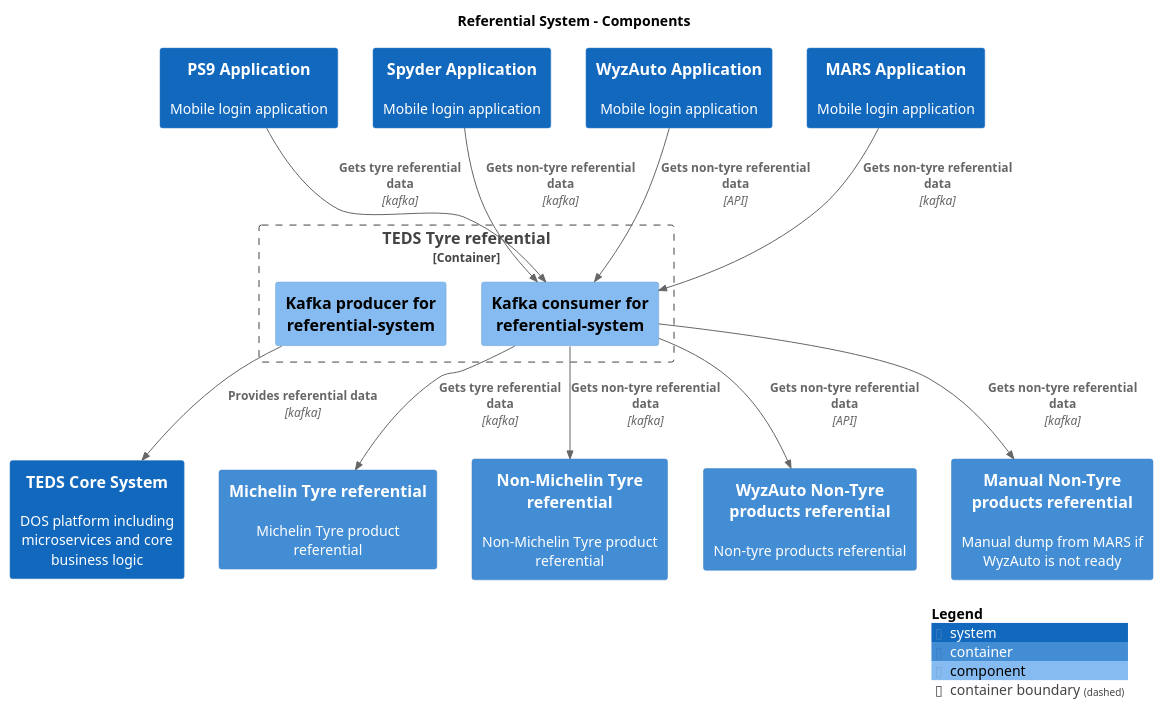
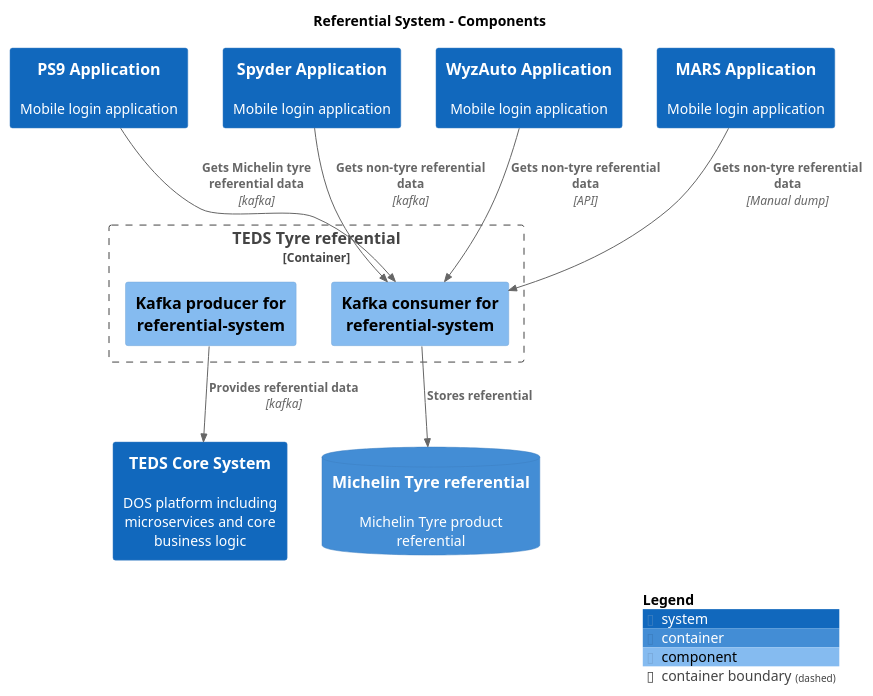
The diagram in main/puml/Level3_referential_Components.puml (kzsahay/teds), drawn with PlantUML before and after one commit. The commit also changed 264 other files, not shown here.

```diff
--- a/main/puml/Level3_referential_Components.puml
+++ b/main/puml/Level3_referential_Components.puml
@@ -1,38 +1,32 @@
 @startuml
 set separator none
 title Referential System – Components
 
 top to bottom direction
 
 !include <C4/C4>
 !include <C4/C4_Context>
 !include <C4/C4_Container>
 !include <C4/C4_Component>
 
 System(TEDSCoreSystem, "TEDS Core System", $descr="DOS platform including microservices and core business logic", $tags="", $link="")
 System(PS9Application, "PS9 Application", $descr="Mobile login application", $tags="", $link="")
 System(SpyderApplication, "Spyder Application", $descr="Mobile login application", $tags="", $link="")
 System(WyzAutoApplication, "WyzAuto Application", $descr="Mobile login application", $tags="", $link="")
 System(MARSApplication, "MARS Application", $descr="Mobile login application", $tags="", $link="")
-Container(ReferentialSystem.MichelinTyrereferential, "Michelin Tyre referential", $techn="", $descr="Michelin Tyre product referential", $tags="", $link="")
-Container(ReferentialSystem.NonMichelinTyrereferential, "Non-Michelin Tyre referential", $techn="", $descr="Non-Michelin Tyre product referential", $tags="", $link="")
-Container(ReferentialSystem.WyzAutoNonTyreproductsreferential, "WyzAuto Non-Tyre products referential", $techn="", $descr="Non-tyre products referential", $tags="", $link="")
-Container(ReferentialSystem.ManualNonTyreproductsreferential, "Manual Non-Tyre products referential", $techn="", $descr="Manual dump from MARS if WyzAuto is not ready", $tags="", $link="")
+ContainerDb(ReferentialSystem.MichelinTyrereferential, "Michelin Tyre referential", $techn="", $descr="Michelin Tyre product referential", $tags="", $link="")
 
 Container_Boundary("ReferentialSystem.TEDSTyrereferential_boundary", "TEDS Tyre referential", $tags="") {
   Component(ReferentialSystem.TEDSTyrereferential.Kafkaproducerforreferentialsystem, "Kafka producer for referential-system", $techn="", $descr="", $tags="", $link="")
   Component(ReferentialSystem.TEDSTyrereferential.Kafkaconsumerforreferentialsystem, "Kafka consumer for referential-system", $techn="", $descr="", $tags="", $link="")
 }
 
-Rel(MARSApplication, ReferentialSystem.TEDSTyrereferential.Kafkaconsumerforreferentialsystem, "Gets non-tyre referential data", $techn="kafka", $tags="", $link="")
-Rel(ReferentialSystem.TEDSTyrereferential.Kafkaconsumerforreferentialsystem, ReferentialSystem.ManualNonTyreproductsreferential, "Gets non-tyre referential data", $techn="kafka", $tags="", $link="")
+Rel(SpyderApplication, ReferentialSystem.TEDSTyrereferential.Kafkaconsumerforreferentialsystem, "Gets non-tyre referential data", $techn="kafka", $tags="", $link="")
+Rel(WyzAutoApplication, ReferentialSystem.TEDSTyrereferential.Kafkaconsumerforreferentialsystem, "Gets non-tyre referential data", $techn="API", $tags="", $link="")
+Rel(MARSApplication, ReferentialSystem.TEDSTyrereferential.Kafkaconsumerforreferentialsystem, "Gets non-tyre referential data", $techn="Manual dump", $tags="", $link="")
+Rel(ReferentialSystem.TEDSTyrereferential.Kafkaconsumerforreferentialsystem, ReferentialSystem.MichelinTyrereferential, "Stores referential", $techn="", $tags="", $link="")
 Rel(ReferentialSystem.TEDSTyrereferential.Kafkaproducerforreferentialsystem, TEDSCoreSystem, "Provides referential data", $techn="kafka", $tags="", $link="")
-Rel(PS9Application, ReferentialSystem.TEDSTyrereferential.Kafkaconsumerforreferentialsystem, "Gets tyre referential data", $techn="kafka", $tags="", $link="")
-Rel(ReferentialSystem.TEDSTyrereferential.Kafkaconsumerforreferentialsystem, ReferentialSystem.MichelinTyrereferential, "Gets tyre referential data", $techn="kafka", $tags="", $link="")
-Rel(SpyderApplication, ReferentialSystem.TEDSTyrereferential.Kafkaconsumerforreferentialsystem, "Gets non-tyre referential data", $techn="kafka", $tags="", $link="")
-Rel(ReferentialSystem.TEDSTyrereferential.Kafkaconsumerforreferentialsystem, ReferentialSystem.NonMichelinTyrereferential, "Gets non-tyre referential data", $techn="kafka", $tags="", $link="")
-Rel(WyzAutoApplication, ReferentialSystem.TEDSTyrereferential.Kafkaconsumerforreferentialsystem, "Gets non-tyre referential data", $techn="API", $tags="", $link="")
-Rel(ReferentialSystem.TEDSTyrereferential.Kafkaconsumerforreferentialsystem, ReferentialSystem.WyzAutoNonTyreproductsreferential, "Gets non-tyre referential data", $techn="API", $tags="", $link="")
+Rel(PS9Application, ReferentialSystem.TEDSTyrereferential.Kafkaconsumerforreferentialsystem, "Gets Michelin tyre referential data", $techn="kafka", $tags="", $link="")
 
 SHOW_LEGEND(true)
 @enduml
```
